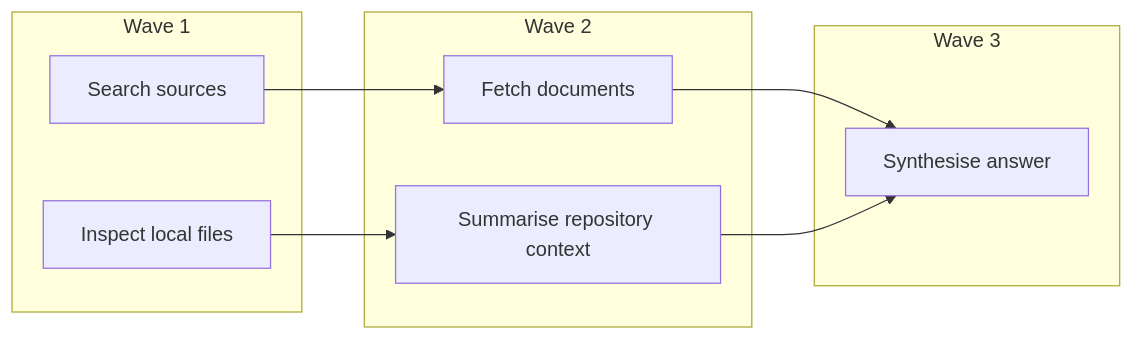
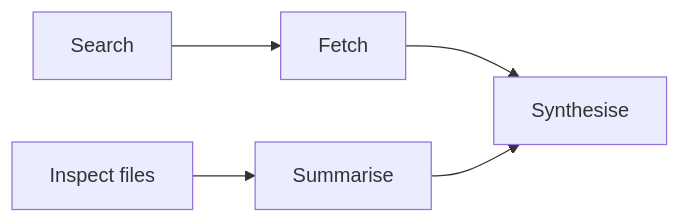
Before and after one commit to Strategic-Automation/arachne: the third of 9 diagrams in docs/explanation/architecture.md, drawn with Mermaid. The commit also changed other lines of this file and 2 other files, not shown here.

Commit message:
docs: simplify Mermaid diagrams for GitHub rendering

````diff
--- a/docs/explanation/architecture.md
+++ b/docs/explanation/architecture.md
@@ -124,21 +83,12 @@
 ```mermaid
-flowchart LR
-    subgraph Wave1[Wave 1]
-        A[Search sources]
-        B[Inspect local files]
-    end
-
-    subgraph Wave2[Wave 2]
-        C[Fetch documents]
-        D[Summarise repository context]
-    end
-
-    subgraph Wave3[Wave 3]
-        E[Synthesise answer]
-    end
-
+graph LR
+    A[Search]
+    B[Inspect files]
+    C[Fetch]
+    D[Summarise]
+    E[Synthesise]
     A --> C
     B --> D
     C --> E
     D --> E
 ```
````
